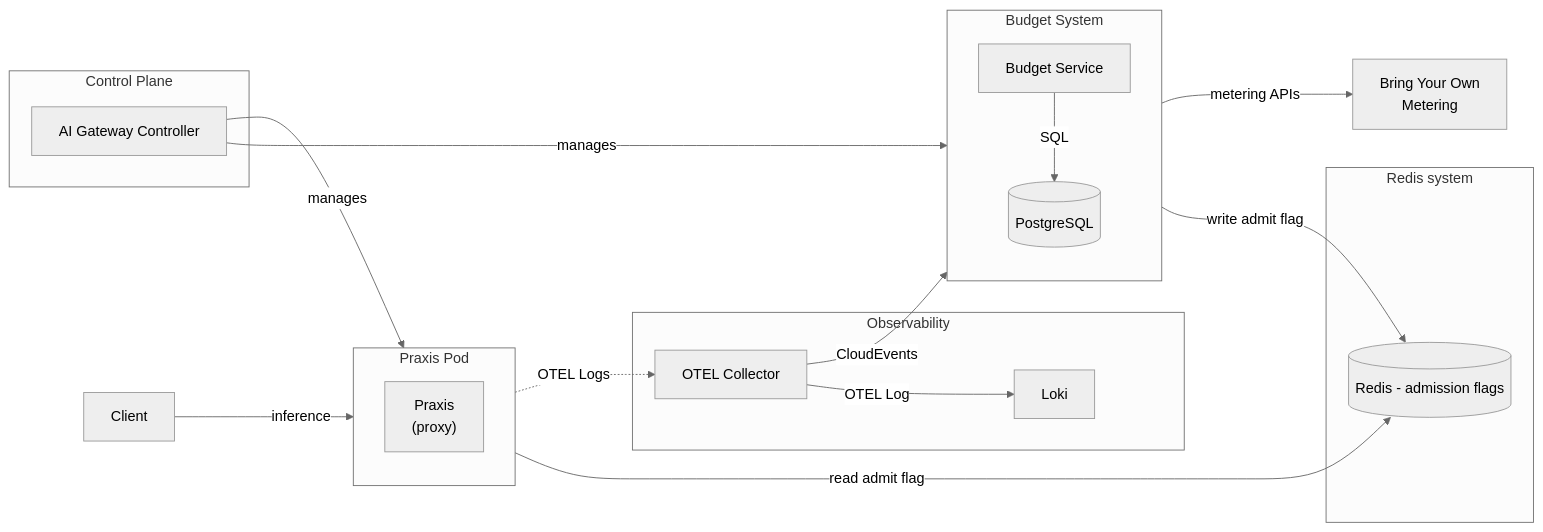
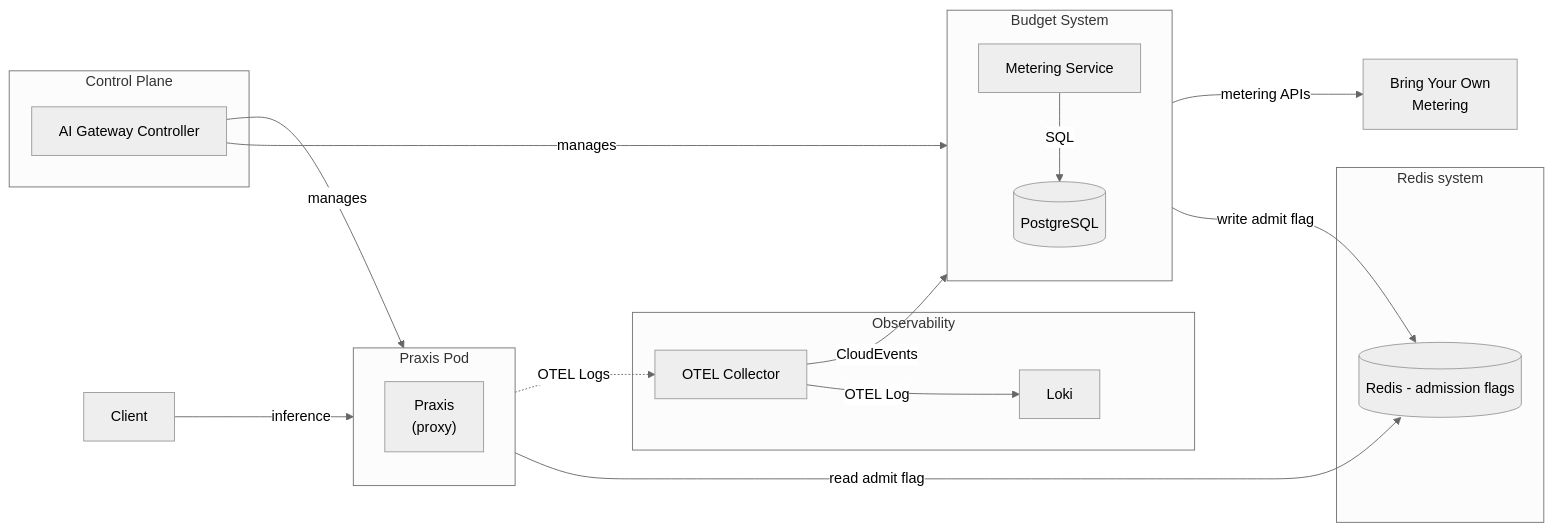
One commit to opendatahub-io/architecture-decision-records changed the first of 3 diagrams in architecture-decision-records/ai-gateway/ODH-ADR-0001-Tokenomics.md. Above: the diagram before and after it, drawn with Mermaid (neutral theme). The commit also changed other lines of this file, not shown here.

Commit message:
docs: Remaned BudgetService to MeternigService

````diff
--- a/architecture-decision-records/ai-gateway/ODH-ADR-0001-Tokenomics.md
+++ b/architecture-decision-records/ai-gateway/ODH-ADR-0001-Tokenomics.md
@@ -57,37 +57,37 @@
 ```mermaid
 flowchart LR
 
  subgraph obs["Observability"]
        otel_collector["OTEL Collector"]
        loki["Loki"]
  end
  subgraph redis_system["Redis system"]
         redis[("Redis - admission flags")]
  end
  subgraph praxis_pod["Praxis Pod"]
        direction TB
        praxis["Praxis<br>(proxy)"]
   end
  subgraph control_plane["Control Plane"]
        aigc["AI Gateway Controller"]
  end
 
  subgraph budget_system["Budget System"]
        direction TB
        postgres[("PostgreSQL")]
-        budget_service["Budget Service"]
+        metering_service["Metering Service"]
  end
 
 
     aigc -- manages --> praxis_pod
     aigc -- manages --> budget_system
     praxis -- read admit flag --> redis
     praxis -. OTEL Logs .-> otel_collector
-    budget_service -- SQL --> postgres
+    metering_service -- SQL --> postgres
     client["Client"] -- inference --> praxis
 
-    otel_collector -- CloudEvents --> budget_service
+    otel_collector -- CloudEvents --> metering_service
     otel_collector -- OTEL Log --> loki
-    budget_service -- write admit flag --> redis
-    budget_service -- metering APIs --> byom["Bring Your Own<br>Metering"]
+    metering_service -- write admit flag --> redis
+    metering_service -- metering APIs --> byom["Bring Your Own<br>Metering"]
 ```
````
